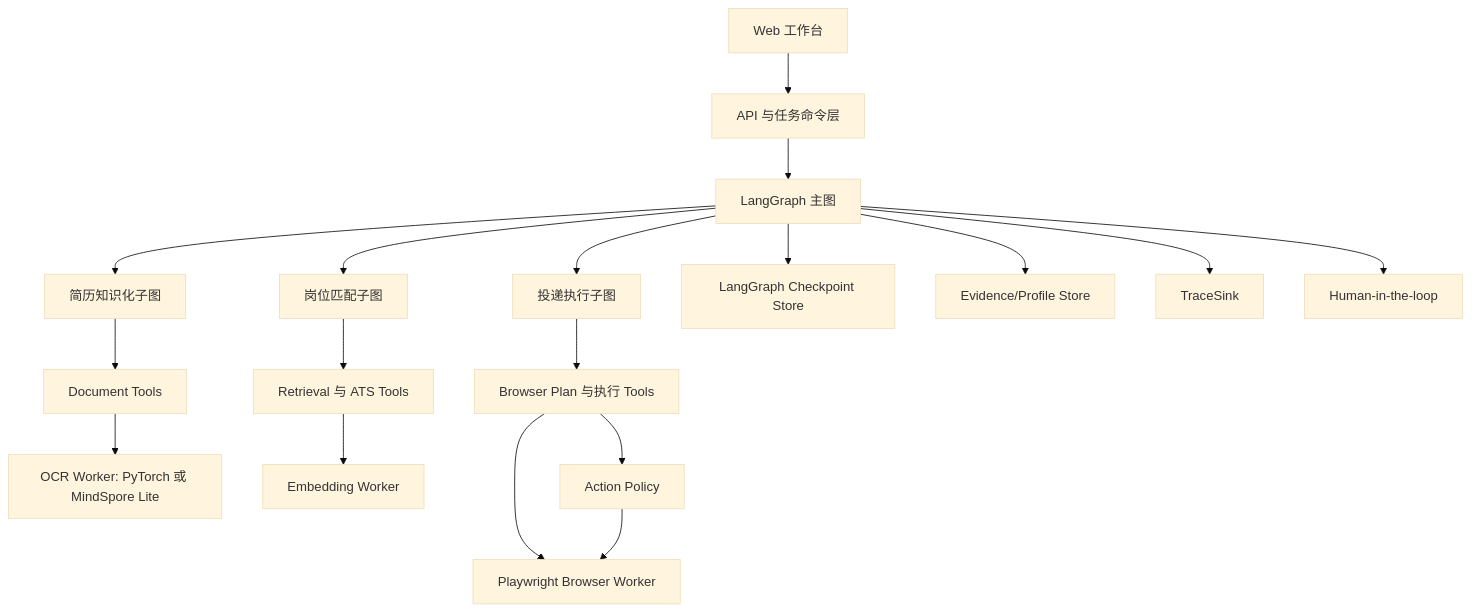
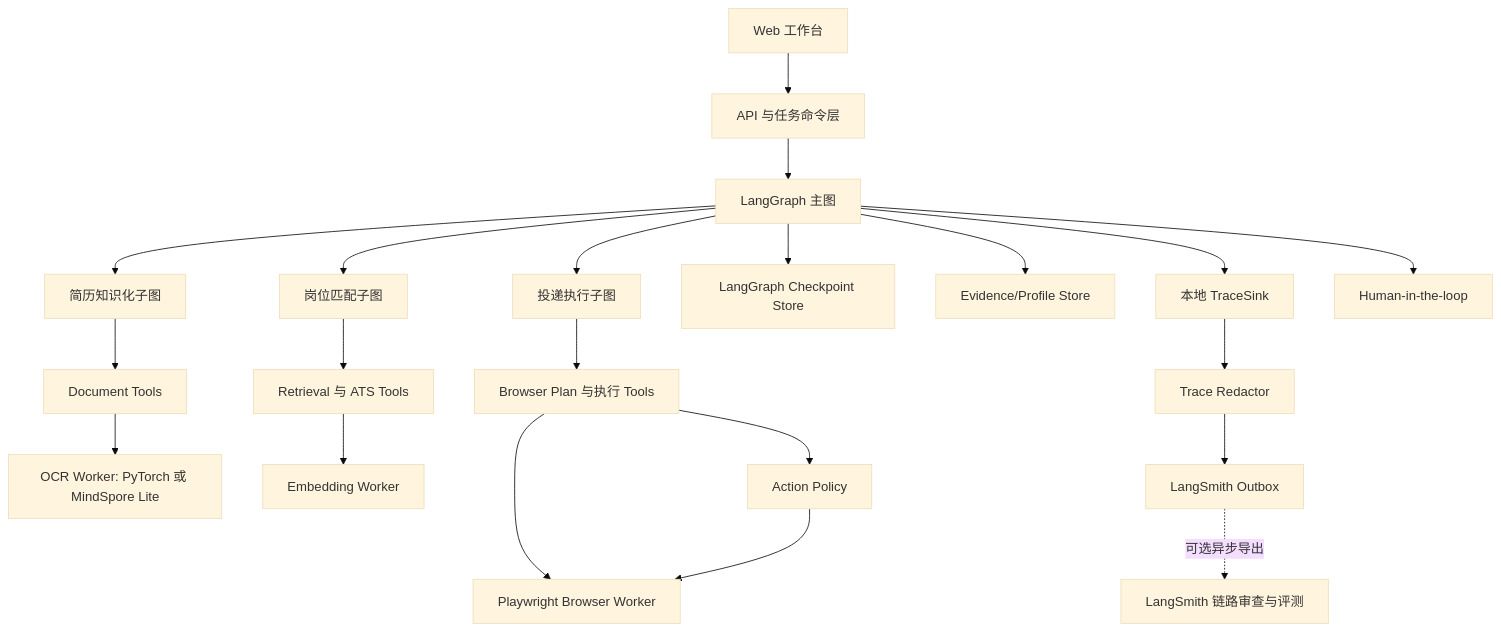
Before and after one commit to Gundamass/Appliot: the first of 4 diagrams in docs/superpowers/specs/2026-08-21-langgraph-agent-architecture-upgrade-design.md, drawn with Mermaid (base theme). The commit also changed other lines of this file, not shown here.

Commit message:
docs: add LangSmith audit path to agent architecture

````diff
--- a/docs/superpowers/specs/2026-08-21-langgraph-agent-architecture-upgrade-design.md
+++ b/docs/superpowers/specs/2026-08-21-langgraph-agent-architecture-upgrade-design.md
@@ -93,25 +94,29 @@
 ```mermaid
 flowchart TD
     UI["Web 工作台"] --> API["API 与任务命令层"]
     API --> G["LangGraph 主图"]
 
     G --> RG["简历知识化子图"]
     G --> JG["岗位匹配子图"]
     G --> AG["投递执行子图"]
 
     RG --> DT["Document Tools"]
     JG --> RT["Retrieval 与 ATS Tools"]
     AG --> BT["Browser Plan 与执行 Tools"]
 
     DT --> OCR["OCR Worker: PyTorch 或 MindSpore Lite"]
     RT --> EMB["Embedding Worker"]
     BT --> BW["Playwright Browser Worker"]
 
     G --> CP["LangGraph Checkpoint Store"]
     G --> ES["Evidence/Profile Store"]
-    G --> TS["TraceSink"]
+    G --> TS["本地 TraceSink"]
     G --> HI["Human-in-the-loop"]
+
+    TS --> RD["Trace Redactor"]
+    RD --> OB["LangSmith Outbox"]
+    OB -. "可选异步导出" .-> LS["LangSmith 链路审查与评测"]
 
     BT --> AP["Action Policy"]
     AP --> BW
 ```
````
